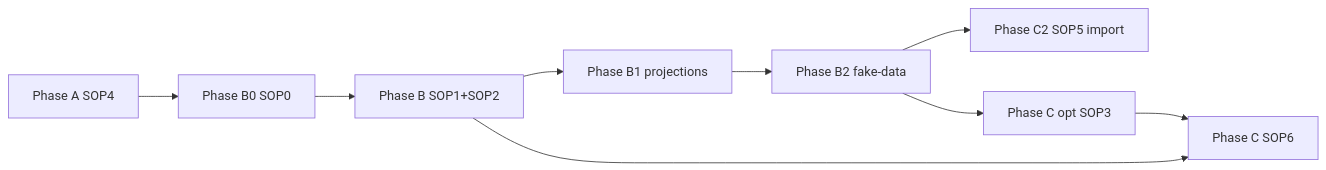
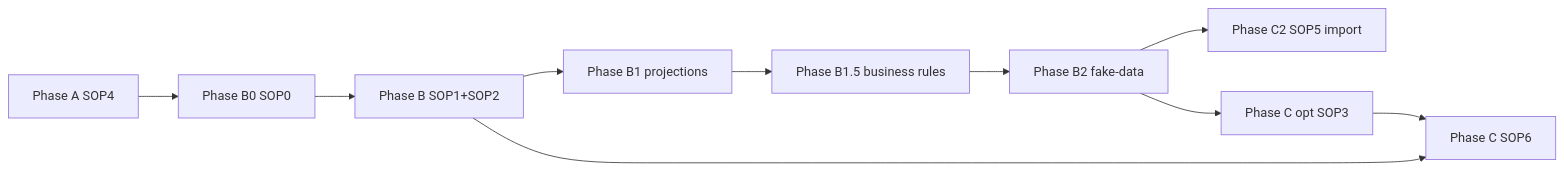
The diagram in starterkit/personal-mcp/ROUTE_MAP.md (mindflight-orchestrator/starter-kit-ghostcrab-perso), drawn with Mermaid before and after one commit. The commit also changed other lines of this file and 16 other files, not shown here.

First line of the commit message:
Add business rules catalog phase and GhostCrab schema activation gate.

````diff
--- a/starterkit/personal-mcp/ROUTE_MAP.md
+++ b/starterkit/personal-mcp/ROUTE_MAP.md
@@ -34,11 +35,12 @@
 ```mermaid
 flowchart LR
   SOP4[Phase A SOP4] --> SOP0[Phase B0 SOP0]
   SOP0 --> SOP1B[Phase B SOP1+SOP2]
   SOP1B --> SOP1proj[Phase B1 projections]
-  SOP1proj --> SOP2fake[Phase B2 fake-data]
+  SOP1proj --> SOP15rules[Phase B1.5 business rules]
+  SOP15rules --> SOP2fake[Phase B2 fake-data]
   SOP2fake --> SOP5C2[Phase C2 SOP5 import]
   SOP2fake --> SOP3[Phase C opt SOP3]
   SOP1B --> SOP6[Phase C SOP6]
   SOP3 --> SOP6
 ```
````
